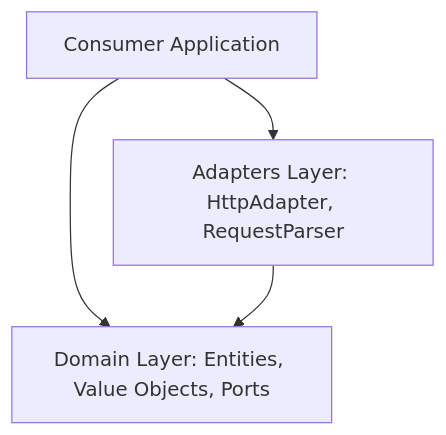
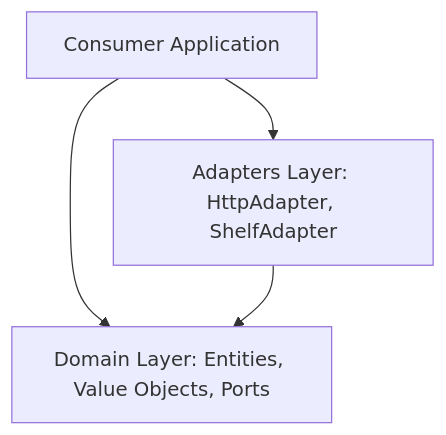
One commit to dropbear-software/oauth21 changed the diagram in README.md. Above: the diagram before and after it, drawn with Mermaid. The commit also changed other lines of this file and 3 other files, not shown here.

````diff
--- a/README.md
+++ b/README.md
@@ -31,10 +31,10 @@
 ```mermaid
 graph TD
     Domain[Domain Layer: Entities, Value Objects, Ports]
-    Adapters[Adapters Layer: HttpAdapter, RequestParser]
+    Adapters[Adapters Layer: HttpAdapter, ShelfAdapter]
     App[Consumer Application]
 
     App --> Domain
     App --> Adapters
     Adapters --> Domain
 ```
````
